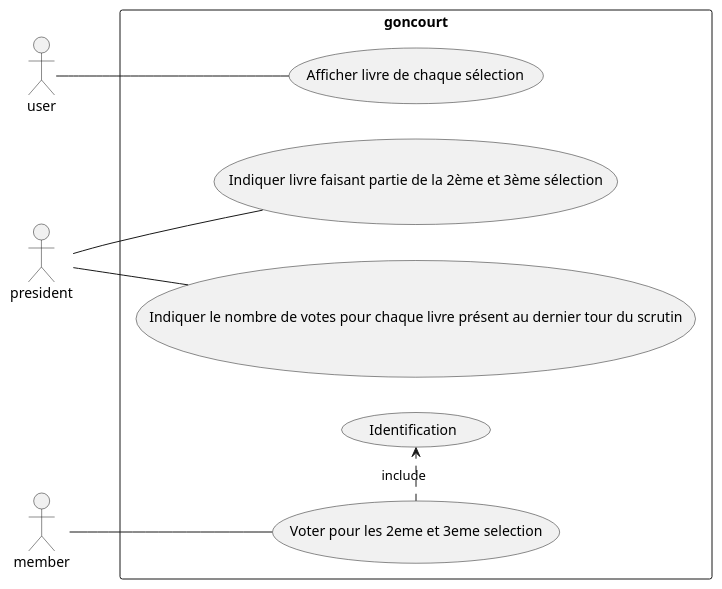
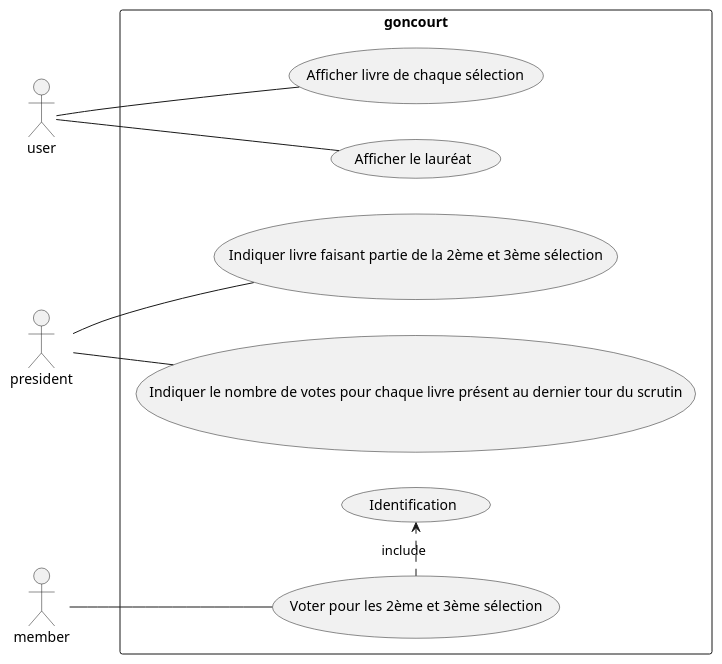
Before and after one commit to matthieu-27/eval_prix_goncourt: the diagram in UML/UseCase_Diagram.puml, drawn with PlantUML. The commit also changed 2 other files, not shown here.

```diff
--- a/UML/UseCase_Diagram.puml
+++ b/UML/UseCase_Diagram.puml
@@ -1,14 +1,15 @@
 @startuml
 left to right direction
 skinparam packageStyle rectangle
 actor user
 actor president
 actor member
 rectangle goncourt {
     user -- (Afficher livre de chaque sélection)
     president -- (Indiquer livre faisant partie de la 2ème et 3ème sélection)
     president -- (Indiquer le nombre de votes pour chaque livre présent au dernier tour du scrutin)
-    member -- (Voter pour les 2eme et 3eme selection)
-    (Voter pour les 2eme et 3eme selection) .> (Identification) : include
+    member -- (Voter pour les 2ème et 3ème sélection)
+    (Voter pour les 2ème et 3ème sélection) .> (Identification) : include
+    user -- (Afficher le lauréat)
 }
 @enduml
```
